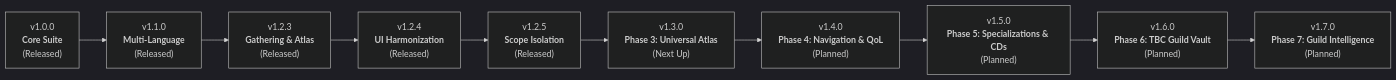
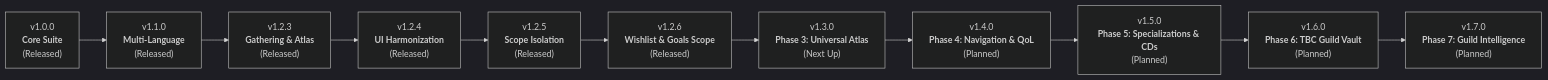
One commit to VhelCodez/GSFHub changed the diagram in ROADMAP.md. Above: the diagram before and after it, drawn with Mermaid (dark theme). The commit also changed other lines of this file and 9 other files, not shown here.

First line of the commit message:
fix(core): character scope isolation for wishlists and personal goals (v1.2.6)

````diff
--- a/ROADMAP.md
+++ b/ROADMAP.md
@@ -9,12 +9,13 @@
 ```mermaid
 graph LR
     v10["v1.0.0<br/><b>Core Suite</b><br/>(Released)"] --> v11["v1.1.0<br/><b>Multi-Language</b><br/>(Released)"]
     v11 --> v12["v1.2.3<br/><b>Gathering & Atlas</b><br/>(Released)"]
     v12 --> v124["v1.2.4<br/><b>UI Harmonization</b><br/>(Released)"]
     v124 --> v125["v1.2.5<br/><b>Scope Isolation</b><br/>(Released)"]
-    v125 --> v13["v1.3.0<br/><b>Phase 3: Universal Atlas</b><br/>(Next Up)"]
+    v125 --> v126["v1.2.6<br/><b>Wishlist & Goals Scope</b><br/>(Released)"]
+    v126 --> v13["v1.3.0<br/><b>Phase 3: Universal Atlas</b><br/>(Next Up)"]
     v13 --> v14["v1.4.0<br/><b>Phase 4: Navigation & QoL</b><br/>(Planned)"]
     v14 --> v15["v1.5.0<br/><b>Phase 5: Specializations & CDs</b><br/>(Planned)"]
     v15 --> v16["v1.6.0<br/><b>Phase 6: TBC Guild Vault</b><br/>(Planned)"]
     v16 --> v17["v1.7.0<br/><b>Phase 7: Guild Intelligence</b><br/>(Planned)"]
 ```
````
